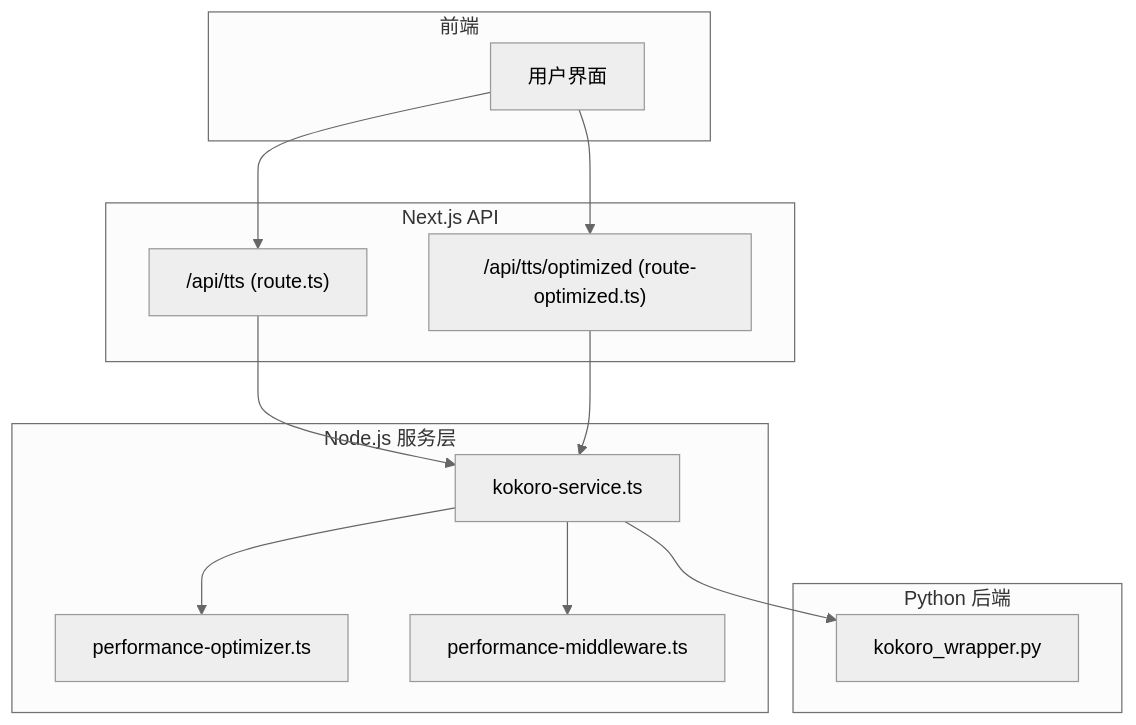
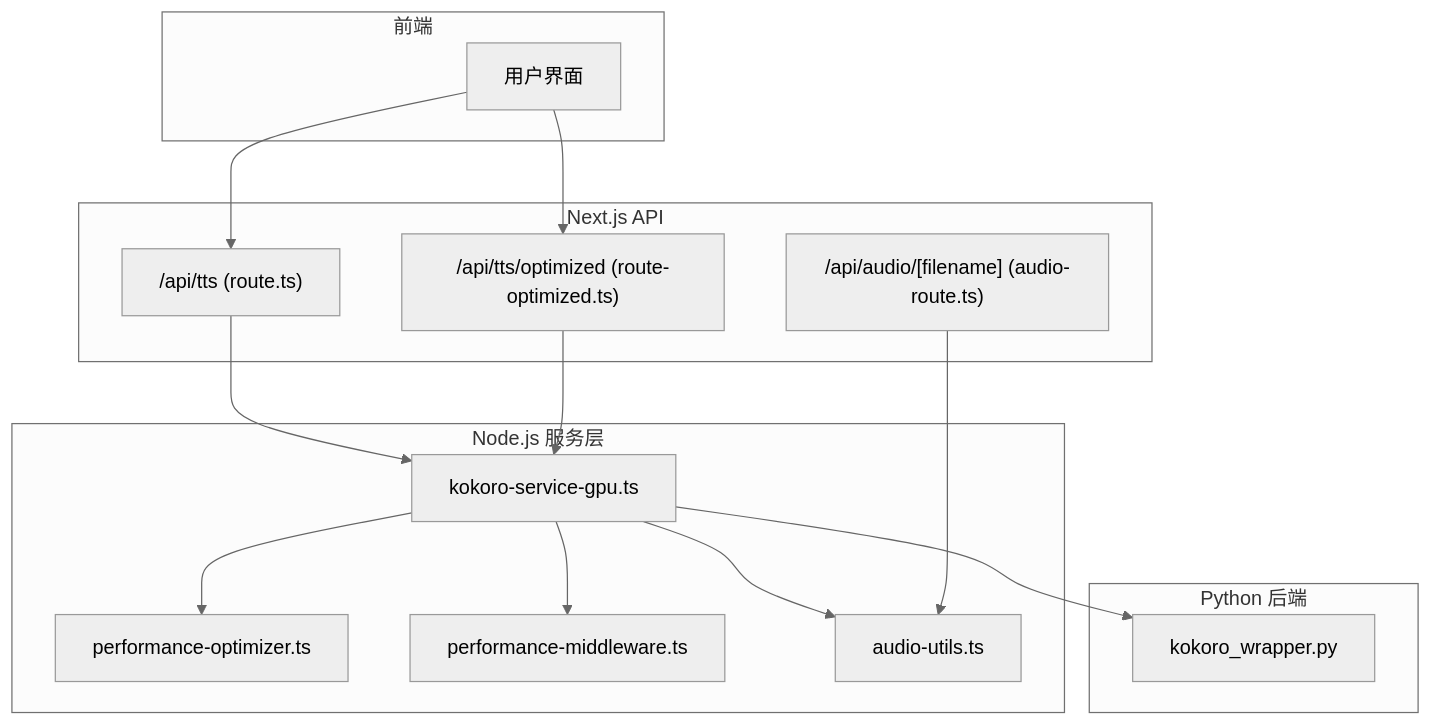
The first of 5 diagrams in .qoder/repowiki/zh/content/后端API接口/语音合成API/语音合成API.md (arthurlee116/english-listening-trainer), drawn with Mermaid (neutral theme) before and after one commit. The commit also changed other lines of this file and 58 other files, not shown here.

````diff
--- a/.qoder/repowiki/zh/content/后端API接口/语音合成API/语音合成API.md
+++ b/.qoder/repowiki/zh/content/后端API接口/语音合成API/语音合成API.md
@@ -32,25 +39,29 @@
 ```mermaid
 graph TB
 subgraph "前端"
 UI[用户界面]
 end
 subgraph "Next.js API"
 A["/api/tts (route.ts)"]
 B["/api/tts/optimized (route-optimized.ts)"]
+C["/api/audio/[filename] (audio-route.ts)"]
 end
 subgraph "Node.js 服务层"
-C[kokoro-service.ts]
-D[performance-optimizer.ts]
-E[performance-middleware.ts]
+D[kokoro-service-gpu.ts]
+E[performance-optimizer.ts]
+F[performance-middleware.ts]
+G[audio-utils.ts]
 end
 subgraph "Python 后端"
-F[kokoro_wrapper.py]
+H[kokoro_wrapper.py]
 end
 UI --> A
 UI --> B
-A --> C
-B --> C
-C --> D
-C --> E
-C --> F
+A --> D
+B --> D
+D --> E
+D --> F
+D --> G
+D --> H
+C --> G
 ```
````
